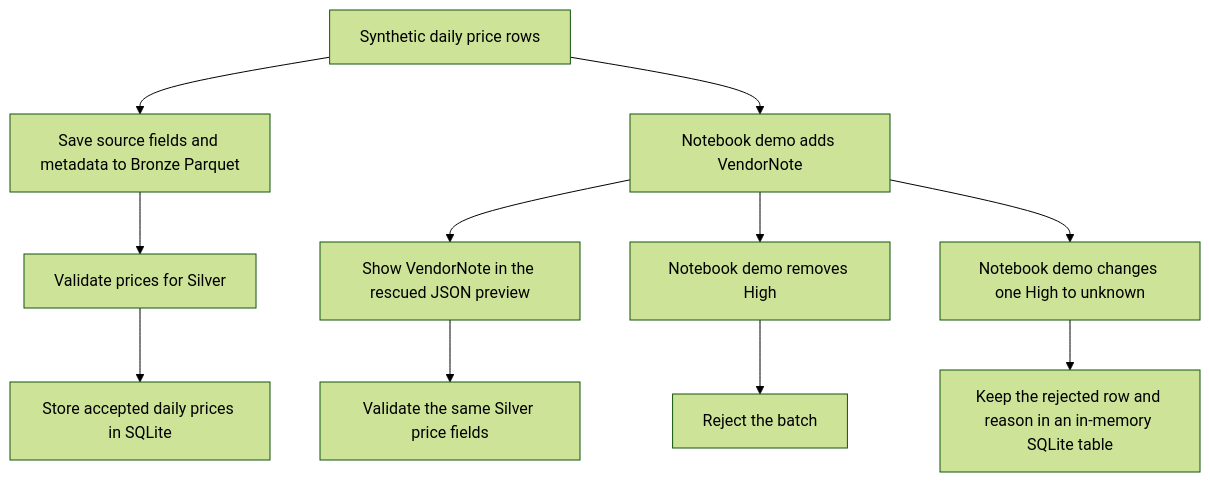
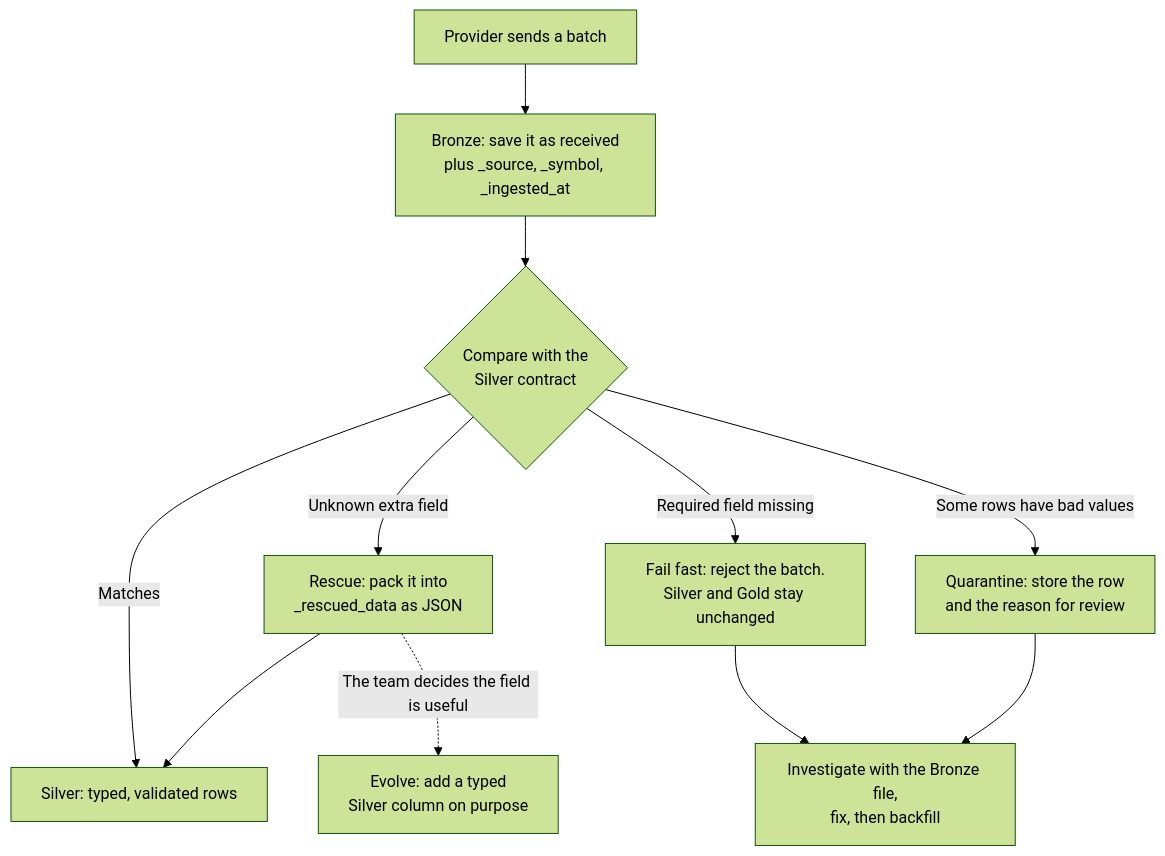
Before and after one commit to soloshun/market-data-ml-pipeline: the diagram in docs/SCHEMA_DRIFT.md, drawn with Mermaid (forest theme). The commit also changed other lines of this file, not shown here.

First line of the commit message:
docs(schema-drift): explain drift kinds and handling strategies

````diff
--- a/docs/SCHEMA_DRIFT.md
+++ b/docs/SCHEMA_DRIFT.md
@@ -5,13 +27,13 @@
 ```mermaid
 flowchart TD
-    A["Synthetic daily price rows"] --> B["Save source fields and metadata to Bronze Parquet"]
-    B --> C["Validate prices for Silver"]
-    C --> D["Store accepted daily prices in SQLite"]
-    A --> E["Notebook demo adds VendorNote"]
-    E --> F["Show VendorNote in the rescued JSON preview"]
-    F --> G["Validate the same Silver price fields"]
-    E --> H["Notebook demo removes High"]
-    H --> I["Reject the batch"]
-    E --> J["Notebook demo changes one High to unknown"]
-    J --> K["Keep the rejected row and reason in an in-memory SQLite table"]
+    A["Provider sends a batch"] --> B["Bronze: save it as received<br/>plus _source, _symbol, _ingested_at"]
+    B --> C{"Compare with the<br/>Silver contract"}
+    C -->|"Matches"| S["Silver: typed, validated rows"]
+    C -->|"Unknown extra field"| R["Rescue: pack it into<br/>_rescued_data as JSON"]
+    R --> S
+    C -->|"Required field missing"| F["Fail fast: reject the batch.<br/>Silver and Gold stay unchanged"]
+    C -->|"Some rows have bad values"| Q["Quarantine: store the row<br/>and the reason for review"]
+    F --> I["Investigate with the Bronze file,<br/>fix, then backfill"]
+    Q --> I
+    R -.->|"The team decides the field is useful"| E["Evolve: add a typed<br/>Silver column on purpose"]
 ```
````
